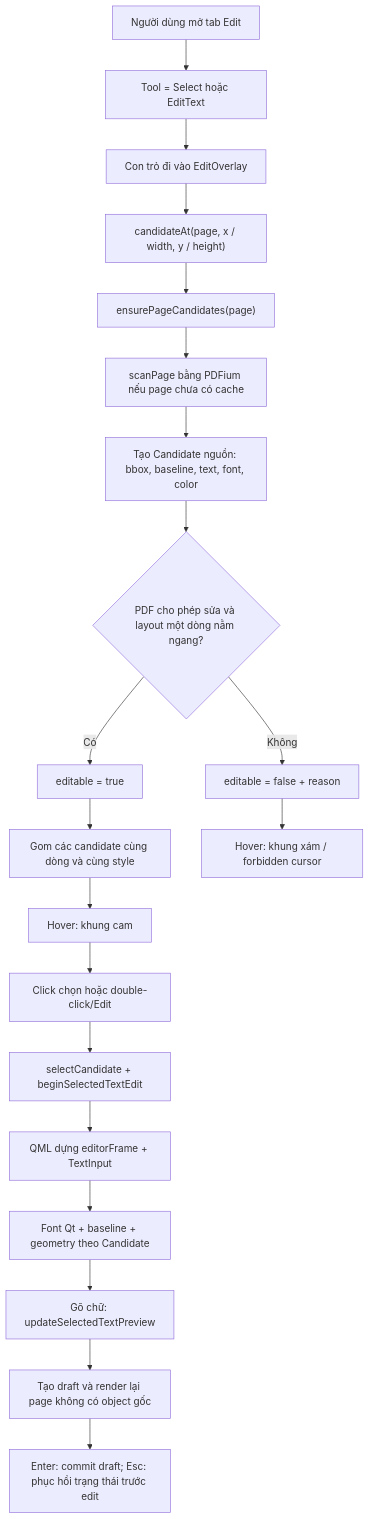
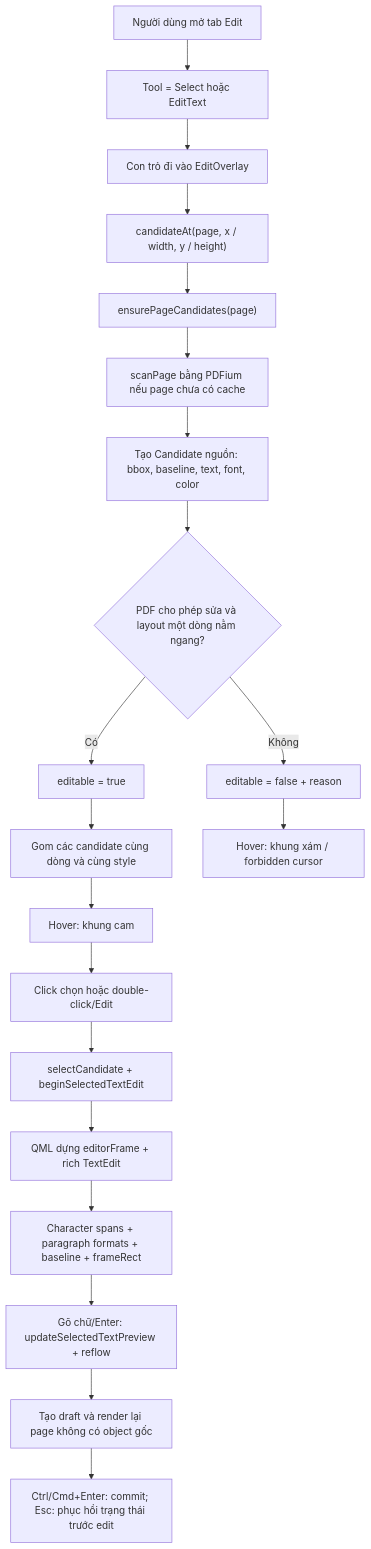
Before and after one commit to RaymondHuy/TrePDF: the diagram in docs/text-editing-pipeline.md, drawn with Mermaid. The commit also changed other lines of this file and 9 other files, not shown here.

Commit message:
implement edit rich text

````diff
--- a/docs/text-editing-pipeline.md
+++ b/docs/text-editing-pipeline.md
@@ -23,22 +23,22 @@
 ```mermaid
 flowchart TD
     A["Người dùng mở tab Edit"] --> B["Tool = Select hoặc EditText"]
     B --> C["Con trỏ đi vào EditOverlay"]
     C --> D["candidateAt(page, x / width, y / height)"]
     D --> E["ensurePageCandidates(page)"]
     E --> F["scanPage bằng PDFium nếu page chưa có cache"]
     F --> G["Tạo Candidate nguồn: bbox, baseline, text, font, color"]
     G --> H{"PDF cho phép sửa và layout một dòng nằm ngang?"}
     H -- Có --> I["editable = true"]
     H -- Không --> J["editable = false + reason"]
     I --> IA["Gom các candidate cùng dòng và cùng style"]
     IA --> K["Hover: khung cam"]
     J --> L["Hover: khung xám / forbidden cursor"]
     K --> M["Click chọn hoặc double-click/Edit"]
     M --> N["selectCandidate + beginSelectedTextEdit"]
-    N --> O["QML dựng editorFrame + TextInput"]
-    O --> P["Font Qt + baseline + geometry theo Candidate"]
-    P --> Q["Gõ chữ: updateSelectedTextPreview"]
+    N --> O["QML dựng editorFrame + rich TextEdit"]
+    O --> P["Character spans + paragraph formats + baseline + frameRect"]
+    P --> Q["Gõ chữ/Enter: updateSelectedTextPreview + reflow"]
     Q --> R["Tạo draft và render lại page không có object gốc"]
-    R --> S["Enter: commit draft; Esc: phục hồi trạng thái trước edit"]
+    R --> S["Ctrl/Cmd+Enter: commit; Esc: phục hồi trạng thái trước edit"]
 ```
````
